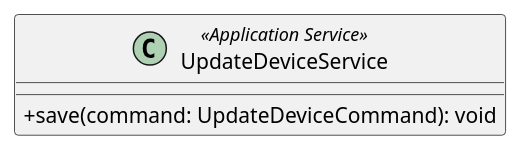
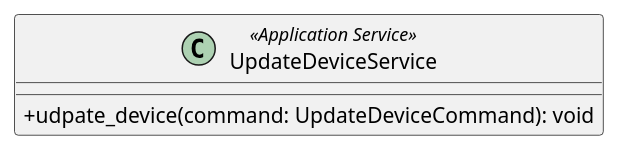
Before and after one commit to GroupRubberDuck/Documentazione: the diagram in src/PB/DocumentazioneEsterna/Specifica_Tecnica/content/uml/puml/Diagrammi_classi/Backend/ApplicationServices/UpdateDeviceService.puml, drawn with PlantUML. The commit also changed 92 other files, not shown here.

```diff
--- a/src/PB/DocumentazioneEsterna/Specifica_Tecnica/content/uml/puml/Diagrammi_classi/Backend/ApplicationServices/UpdateDeviceService.puml
+++ b/src/PB/DocumentazioneEsterna/Specifica_Tecnica/content/uml/puml/Diagrammi_classi/Backend/ApplicationServices/UpdateDeviceService.puml
@@ -1,7 +1,7 @@
 @startuml UpdateDeviceService
 skinparam classAttributeIconSize 0
 class UpdateDeviceService <<Application Service>> {
-    + save(command: UpdateDeviceCommand): void
+    + udpate_device(command: UpdateDeviceCommand): void
 }
 
 @enduml
```
